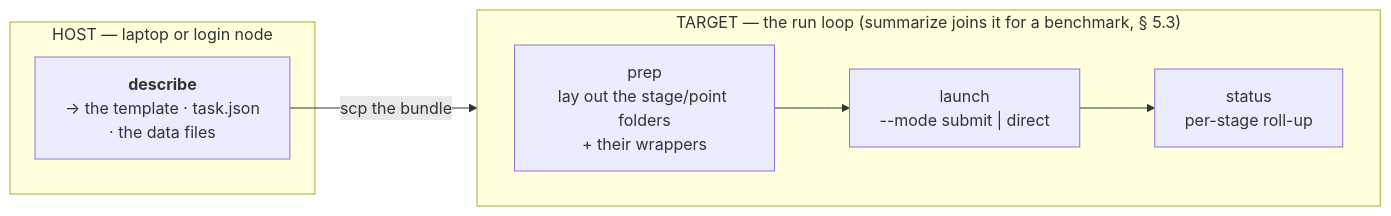
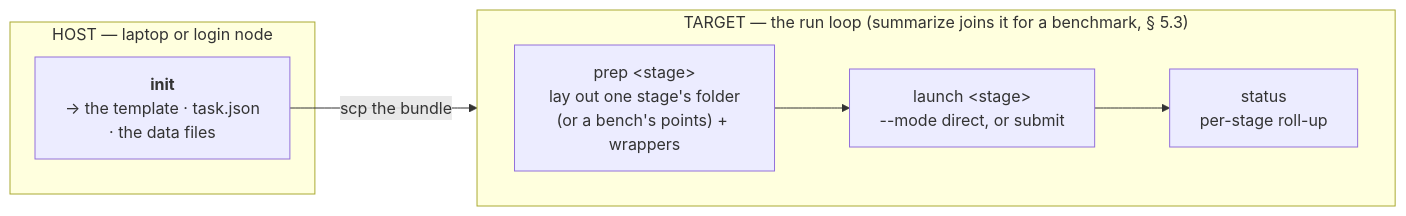
The fifth of 10 diagrams in docs/execution/job-system.md (Qing-LAB/molbuilder), drawn with Mermaid before and after one commit. The commit also changed other lines of this file and 21 other files, not shown here.

````diff
--- a/docs/execution/job-system.md
+++ b/docs/execution/job-system.md
@@ -692,14 +698,14 @@
 ```mermaid
 flowchart LR
     subgraph host["HOST — laptop or login node"]
-      P["<b>describe</b><br/>→ the template · task.json<br/>· the data files"]
+      P["<b>init</b><br/>→ the template · task.json<br/>· the data files"]
     end
     subgraph target["TARGET — the run loop (summarize joins it for a benchmark, § 5.3)"]
       direction LR
-      PR["prep<br/>lay out the stage/point folders<br/>+ their wrappers"]
-      SU["launch<br/>--mode submit | direct"]
+      PR["prep &lt;stage&gt;<br/>lay out one stage's folder<br/>(or a bench's points) + wrappers"]
+      SU["launch &lt;stage&gt;<br/>--mode direct, or submit"]
       ST["status<br/>per-stage roll-up"]
       PR --> SU --> ST
     end
     P -->|"scp the bundle"| PR
 ```
````
